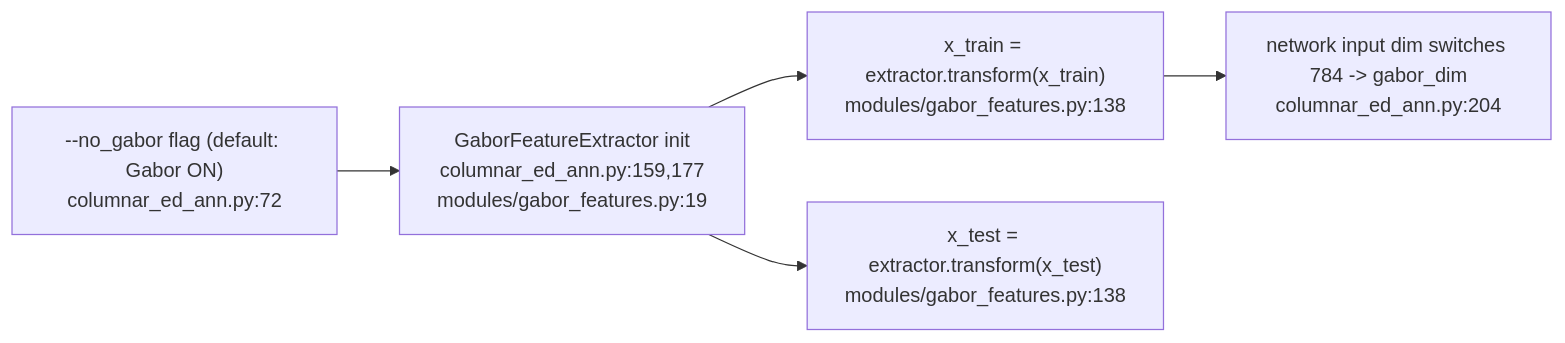
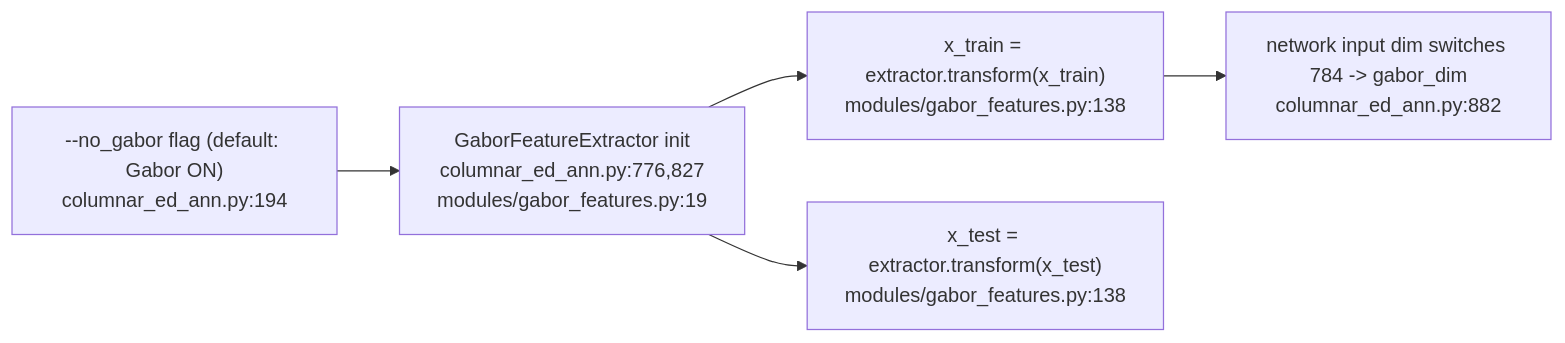
Before and after one commit to yoiwa0714/columnar_ed_ann: the fifth of 6 diagrams in docs/ja/ed_learning_mechanism_anchors.md, drawn with Mermaid. The commit also changed other lines of this file and 7 other files, not shown here.

````diff
--- a/docs/ja/ed_learning_mechanism_anchors.md
+++ b/docs/ja/ed_learning_mechanism_anchors.md
@@ -95,7 +93,7 @@
 ```mermaid
 flowchart LR
-    A["--no_gabor flag (default: Gabor ON)<br/>columnar_ed_ann.py:72"] --> B["GaborFeatureExtractor init<br/>columnar_ed_ann.py:159,177<br/>modules/gabor_features.py:19"]
+    A["--no_gabor flag (default: Gabor ON)<br/>columnar_ed_ann.py:194"] --> B["GaborFeatureExtractor init<br/>columnar_ed_ann.py:776,827<br/>modules/gabor_features.py:19"]
     B --> C["x_train = extractor.transform(x_train)<br/>modules/gabor_features.py:138"]
     B --> D["x_test = extractor.transform(x_test)<br/>modules/gabor_features.py:138"]
-    C --> E["network input dim switches 784 -> gabor_dim<br/>columnar_ed_ann.py:204"]
+    C --> E["network input dim switches 784 -> gabor_dim<br/>columnar_ed_ann.py:882"]
 ```
````
